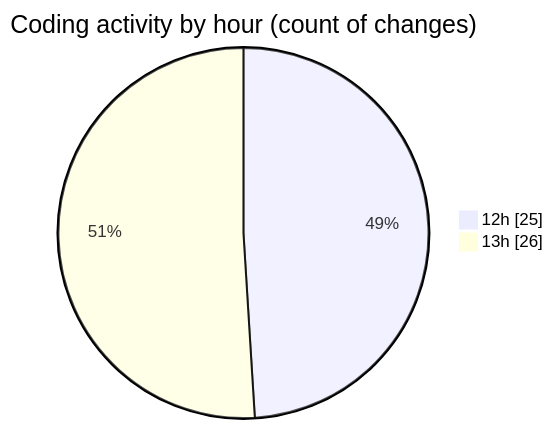
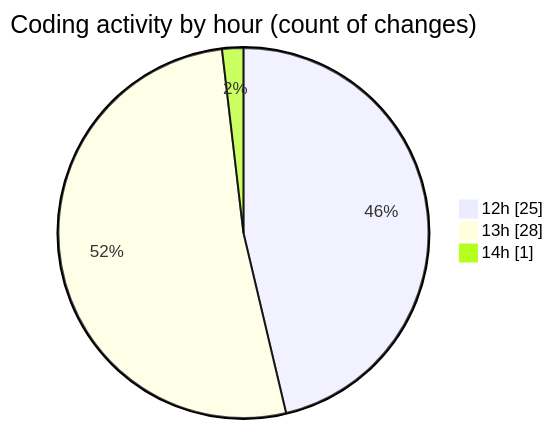
One commit to momahboobian/code-tracking changed the second of 2 diagrams in 2025-08-15/cda/README.md. Above: the diagram before and after it, drawn with Mermaid. The commit also changed other lines of this file and 1 other file, not shown here.

````diff
--- a/2025-08-15/cda/README.md
+++ b/2025-08-15/cda/README.md
@@ -42,6 +42,7 @@
 ```mermaid
 pie showData
 title Coding activity by hour (count of changes)
 "12h" : 25
-"13h" : 26
+"13h" : 28
+"14h" : 1
 ```
````
